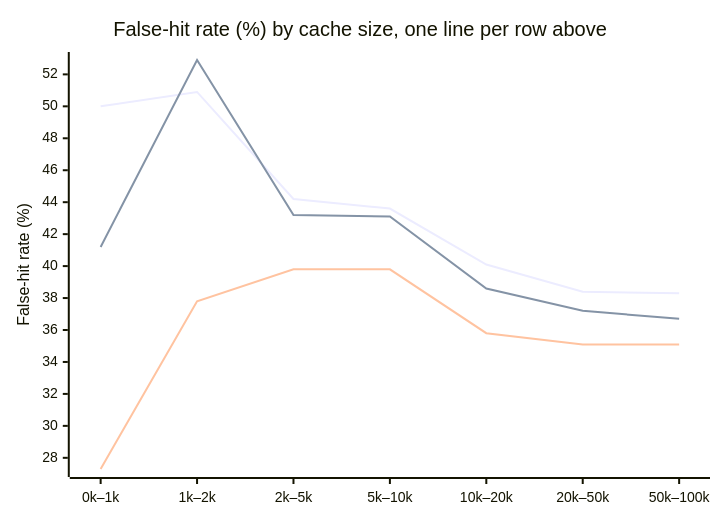
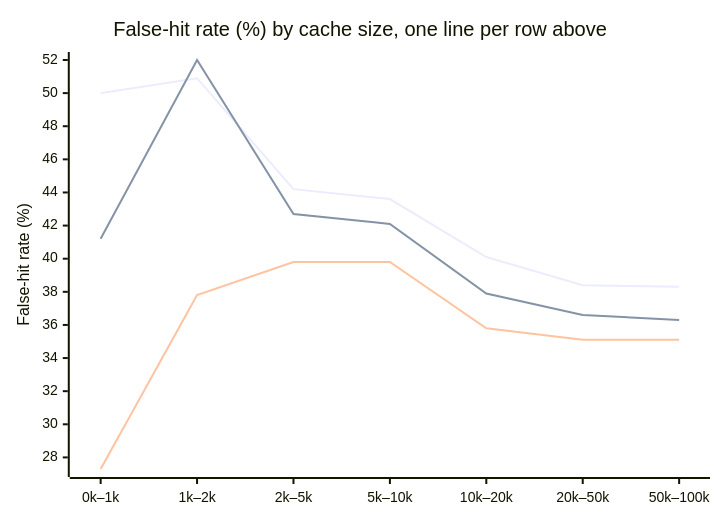
Before and after one commit to mohammedp010/pakka: the diagram in docs/public_results.md, drawn with Mermaid. The commit also changed other lines of this file and 13 other files, not shown here.

````diff
--- a/docs/public_results.md
+++ b/docs/public_results.md
@@ -228,9 +278,9 @@
 ```mermaid
 xychart-beta
     title "False-hit rate (%) by cache size, one line per row above"
     x-axis ["0k–1k", "1k–2k", "2k–5k", "5k–10k", "10k–20k", "20k–50k", "50k–100k"]
     y-axis "False-hit rate (%)"
     line [50.0, 50.9, 44.2, 43.6, 40.1, 38.4, 38.3]
-    line [41.2, 52.9, 43.2, 43.1, 38.6, 37.2, 36.7]
+    line [41.2, 52.0, 42.7, 42.1, 37.9, 36.6, 36.3]
     line [27.3, 37.8, 39.8, 39.8, 35.8, 35.1, 35.1]
 ```
````
